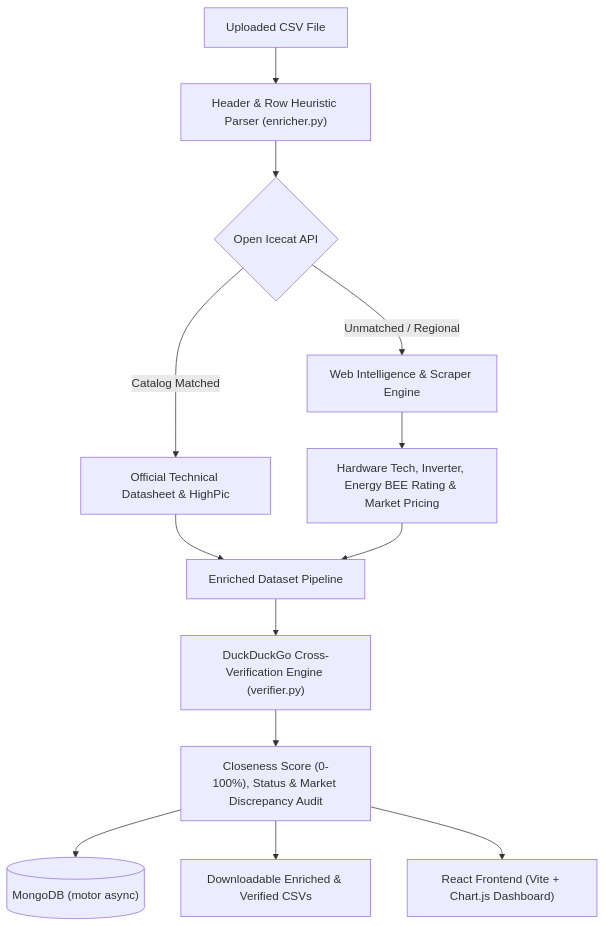
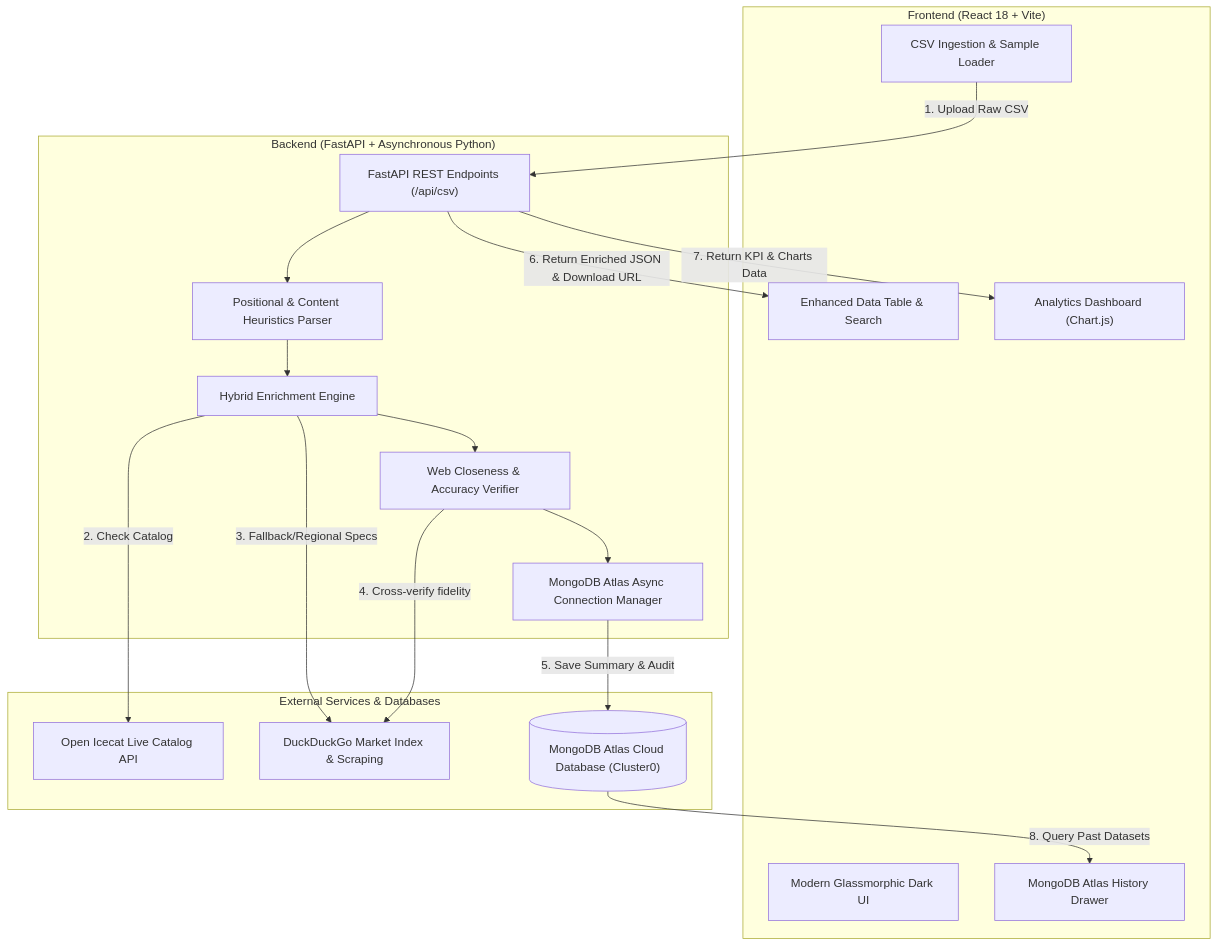
The diagram in PROJECT_DOCUMENTATION.md (ruchir123456789/csv), drawn with Mermaid before and after one commit. The commit also changed other lines of this file, not shown here.

Commit message:
Update master project documentation with comprehensive technical architecture and Atlas guide

````diff
--- a/PROJECT_DOCUMENTATION.md
+++ b/PROJECT_DOCUMENTATION.md
@@ -9,15 +9,37 @@
 ```mermaid
 flowchart TD
-    A["Uploaded CSV File"] --> B["Header & Row Heuristic Parser (enricher.py)"]
-    B --> C{"Open Icecat API"}
-    C -->|"Catalog Matched"| D["Official Technical Datasheet & HighPic"]
-    C -->|"Unmatched / Regional"| E["Web Intelligence & Scraper Engine"]
-    E --> F["Hardware Tech, Inverter, Energy BEE Rating & Market Pricing"]
-    D --> G["Enriched Dataset Pipeline"]
-    F --> G
-    G --> H["DuckDuckGo Cross-Verification Engine (verifier.py)"]
-    H --> I["Closeness Score (0-100%), Status & Market Discrepancy Audit"]
-    I --> J[("MongoDB (motor async)")]
-    I --> K["Downloadable Enriched & Verified CSVs"]
-    I --> L["React Frontend (Vite + Chart.js Dashboard)"]
+    subgraph Client ["Frontend (React 18 + Vite)"]
+        UI["Modern Glassmorphic Dark UI"]
+        UploadHero["CSV Ingestion & Sample Loader"]
+        DataTable["Enhanced Data Table & Search"]
+        Analytics["Analytics Dashboard (Chart.js)"]
+        History["MongoDB Atlas History Drawer"]
+    end
+
+    subgraph Backend ["Backend (FastAPI + Asynchronous Python)"]
+        API["FastAPI REST Endpoints (/api/csv)"]
+        Parser["Positional & Content Heuristics Parser"]
+        Enricher["Hybrid Enrichment Engine"]
+        Verifier["Web Closeness & Accuracy Verifier"]
+        MongoMgr["MongoDB Atlas Async Connection Manager"]
+    end
+
+    subgraph External ["External Services & Databases"]
+        Icecat["Open Icecat Live Catalog API"]
+        WebIndex["DuckDuckGo Market Index & Scraping"]
+        Atlas[("MongoDB Atlas Cloud Database (Cluster0)")]
+    end
+
+    UploadHero -->|1. Upload Raw CSV| API
+    API --> Parser
+    Parser --> Enricher
+    Enricher -->|2. Check Catalog| Icecat
+    Enricher -->|3. Fallback/Regional Specs| WebIndex
+    Enricher --> Verifier
+    Verifier -->|4. Cross-verify fidelity| WebIndex
+    Verifier --> MongoMgr
+    MongoMgr -->|5. Save Summary & Audit| Atlas
+    API -->|6. Return Enriched JSON & Download URL| DataTable
+    API -->|7. Return KPI & Charts Data| Analytics
+    Atlas -->|8. Query Past Datasets| History
 ```
````
